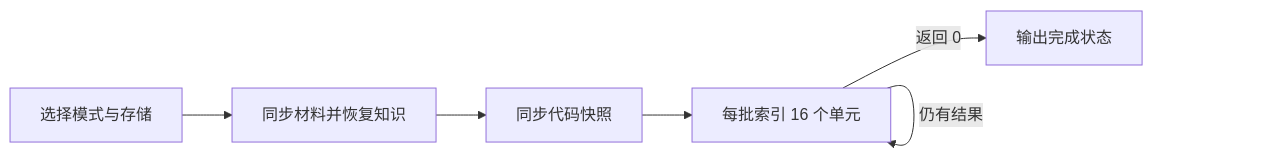
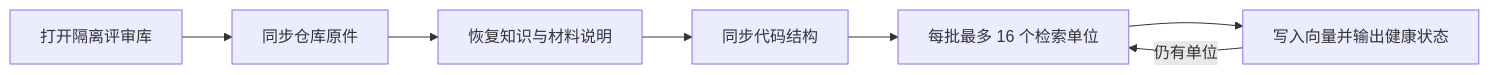
One commit to lejunyang/omem changed the diagram in .repo-review/knowledge/articles/c4e286048ae9b03aaf2a54a2760ff83e531b45e623863a511a5ca6d54cf7aba1.md. Above: the diagram before and after it, drawn with Mermaid. The commit also changed other lines of this file and 11 other files, not shown here.

````diff
--- a/.repo-review/knowledge/articles/c4e286048ae9b03aaf2a54a2760ff83e531b45e623863a511a5ca6d54cf7aba1.md
+++ b/.repo-review/knowledge/articles/c4e286048ae9b03aaf2a54a2760ff83e531b45e623863a511a5ca6d54cf7aba1.md
@@ -17,8 +19,9 @@
 ```mermaid
 flowchart LR
-  A[选择模式与存储] --> B[同步材料并恢复知识]
-  B --> C[同步代码快照]
-  C --> D[每批索引 16 个单元]
-  D -->|仍有结果| D
-  D -->|返回 0| E[输出完成状态]
+  A[打开隔离评审库] --> B[同步仓库原件]
+  B --> C[恢复知识与材料说明]
+  C --> D[同步代码结构]
+  D --> E[每批最多 16 个检索单位]
+  E --> F[写入向量并输出健康状态]
+  F -->|仍有单位| E
 ```
````
